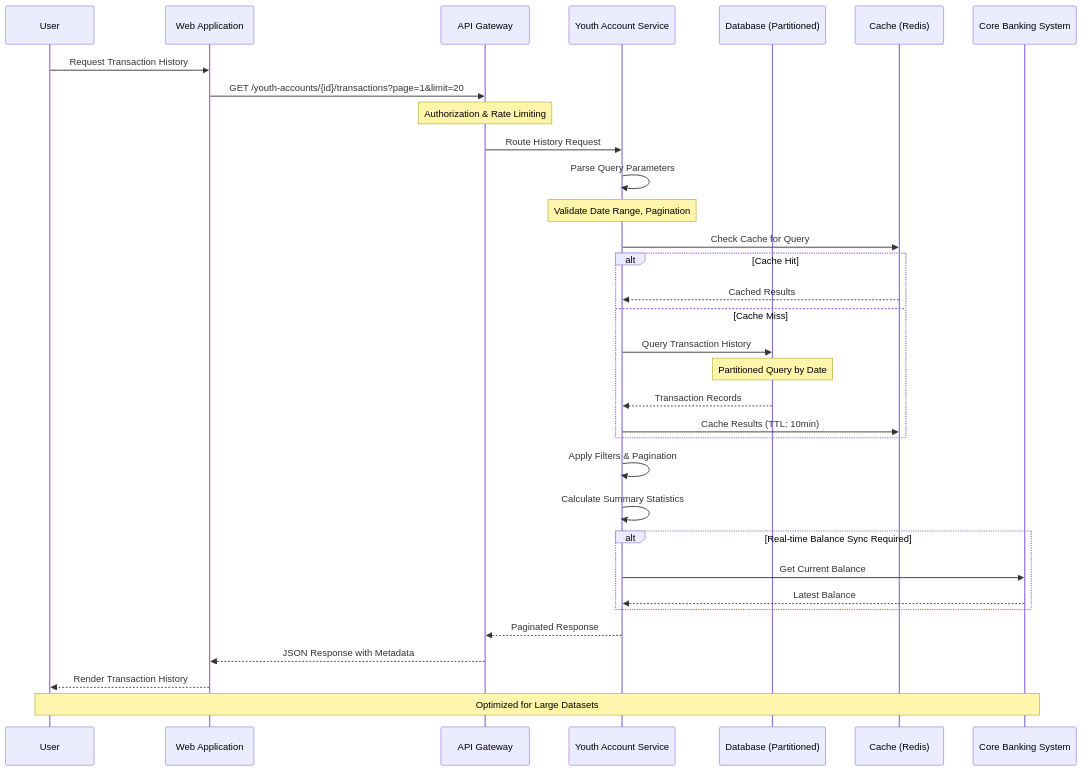
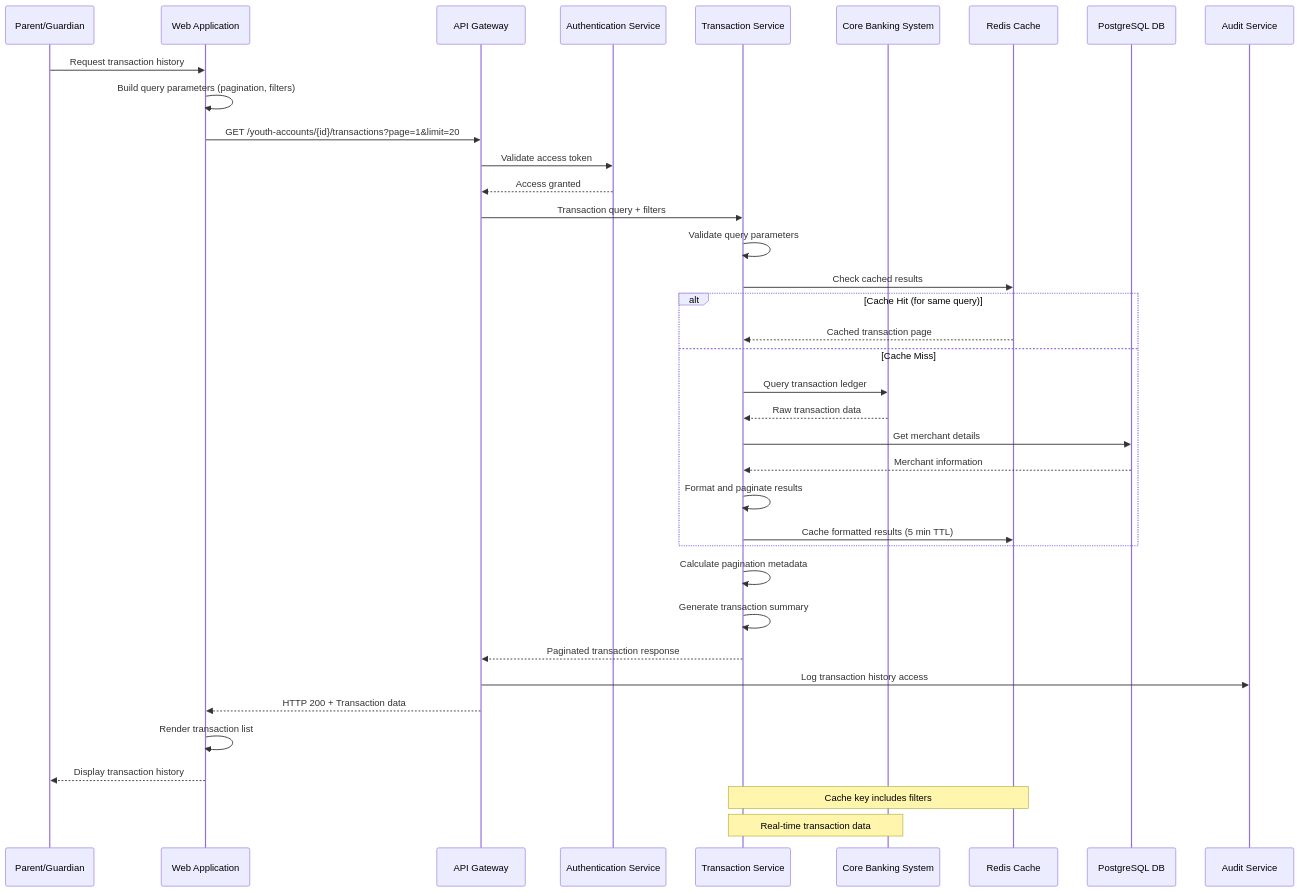
Before and after one commit to ThapaswiASC/SCIB-INCEPTION-PHASE-DEMO: the fourth of 7 diagrams in API Development/Components and Sequence Diagrams/sequence_diagram.md, drawn with Mermaid. The commit also changed other lines of this file and 1 other file, not shown here.

````diff
--- a/API Development/Components and Sequence Diagrams/sequence_diagram.md
+++ b/API Development/Components and Sequence Diagrams/sequence_diagram.md
@@ -162,42 +173,43 @@
 ```mermaid
 sequenceDiagram
-    participant U as User
-    participant WA as Web Application
-    participant AG as API Gateway
-    participant YS as Youth Account Service
-    participant DB as Database (Partitioned)
-    participant C as Cache (Redis)
-    participant CBS as Core Banking System
+    participant Parent as Parent/Guardian
+    participant WebApp as Web Application
+    participant APIGateway as API Gateway
+    participant AuthSvc as Authentication Service
+    participant TransactionSvc as Transaction Service
+    participant CoreBanking as Core Banking System
+    participant Cache as Redis Cache
+    participant Database as PostgreSQL DB
+    participant AuditSvc as Audit Service
 
-    U->>WA: Request Transaction History
-    WA->>AG: GET /youth-accounts/{id}/transactions?page=1&limit=20
-    Note over AG: Authorization & Rate Limiting
-    AG->>YS: Route History Request
+    Parent->>WebApp: Request transaction history
+    WebApp->>WebApp: Build query parameters (pagination, filters)
+    WebApp->>APIGateway: GET /youth-accounts/{id}/transactions?page=1&limit=20
+    APIGateway->>AuthSvc: Validate access token
+    AuthSvc-->>APIGateway: Access granted
+    APIGateway->>TransactionSvc: Transaction query + filters
     
-    YS->>YS: Parse Query Parameters
-    Note over YS: Validate Date Range, Pagination
-    
-    YS->>C: Check Cache for Query
-    alt Cache Hit
-        C-->>YS: Cached Results
+    TransactionSvc->>TransactionSvc: Validate query parameters
+    TransactionSvc->>Cache: Check cached results
+    alt Cache Hit (for same query)
+        Cache-->>TransactionSvc: Cached transaction page
     else Cache Miss
-        YS->>DB: Query Transaction History
-        Note over DB: Partitioned Query by Date
-        DB-->>YS: Transaction Records
-        YS->>C: Cache Results (TTL: 10min)
+        TransactionSvc->>CoreBanking: Query transaction ledger
+        CoreBanking-->>TransactionSvc: Raw transaction data
+        TransactionSvc->>Database: Get merchant details
+        Database-->>TransactionSvc: Merchant information
+        TransactionSvc->>TransactionSvc: Format and paginate results
+        TransactionSvc->>Cache: Cache formatted results (5 min TTL)
     end
     
-    YS->>YS: Apply Filters & Pagination
-    YS->>YS: Calculate Summary Statistics
+    TransactionSvc->>TransactionSvc: Calculate pagination metadata
+    TransactionSvc->>TransactionSvc: Generate transaction summary
+    TransactionSvc-->>APIGateway: Paginated transaction response
+    APIGateway->>AuditSvc: Log transaction history access
+    APIGateway-->>WebApp: HTTP 200 + Transaction data
+    WebApp->>WebApp: Render transaction list
+    WebApp-->>Parent: Display transaction history
     
-    alt Real-time Balance Sync Required
-        YS->>CBS: Get Current Balance
-        CBS-->>YS: Latest Balance
-    end
-    
-    YS-->>AG: Paginated Response
-    AG-->>WA: JSON Response with Metadata
-    WA-->>U: Render Transaction History
-    
-    Note over U,CBS: Optimized for Large Datasets
+    Note over TransactionSvc,Cache: Cache key includes filters
+    Note over TransactionSvc,CoreBanking: Real-time transaction data
 ```
````
